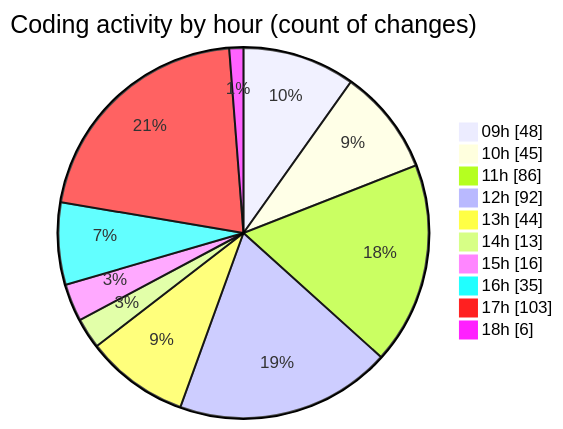
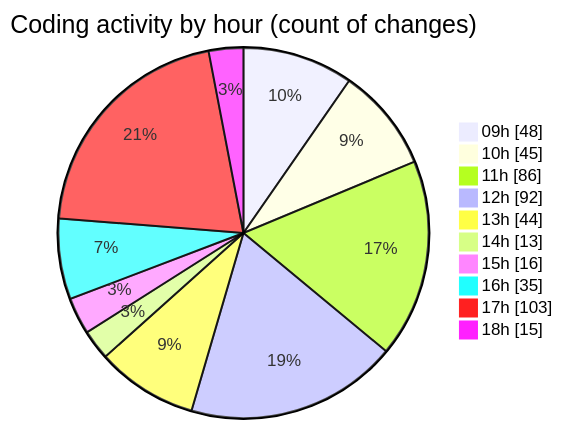
Before and after one commit to momahboobian/code-tracking: the second of 2 diagrams in 2025-03-14/cda/README.md, drawn with Mermaid. The commit also changed other lines of this file and 1 other file, not shown here.

````diff
--- a/2025-03-14/cda/README.md
+++ b/2025-03-14/cda/README.md
@@ -51,14 +51,14 @@
 ```mermaid
 pie showData
 title Coding activity by hour (count of changes)
 "09h" : 48
 "10h" : 45
 "11h" : 86
 "12h" : 92
 "13h" : 44
 "14h" : 13
 "15h" : 16
 "16h" : 35
 "17h" : 103
-"18h" : 6
+"18h" : 15
 ```
````
